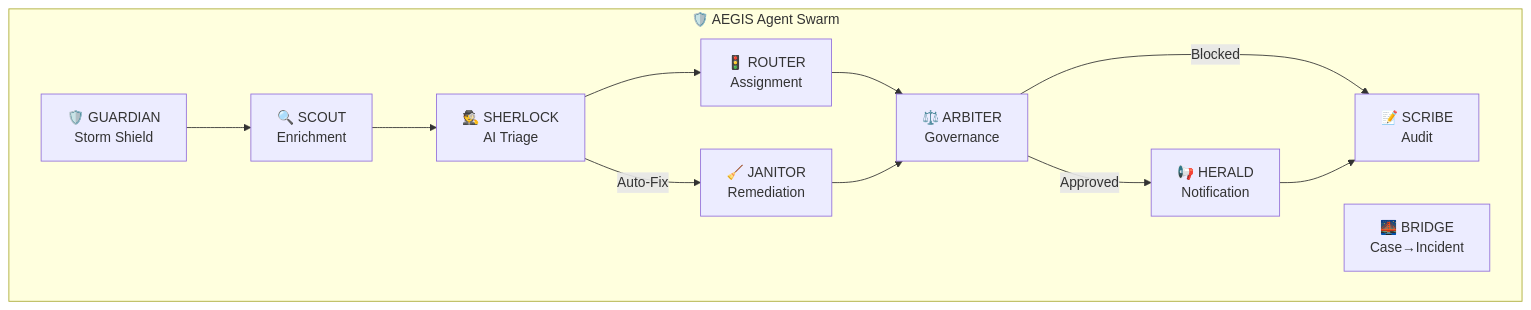
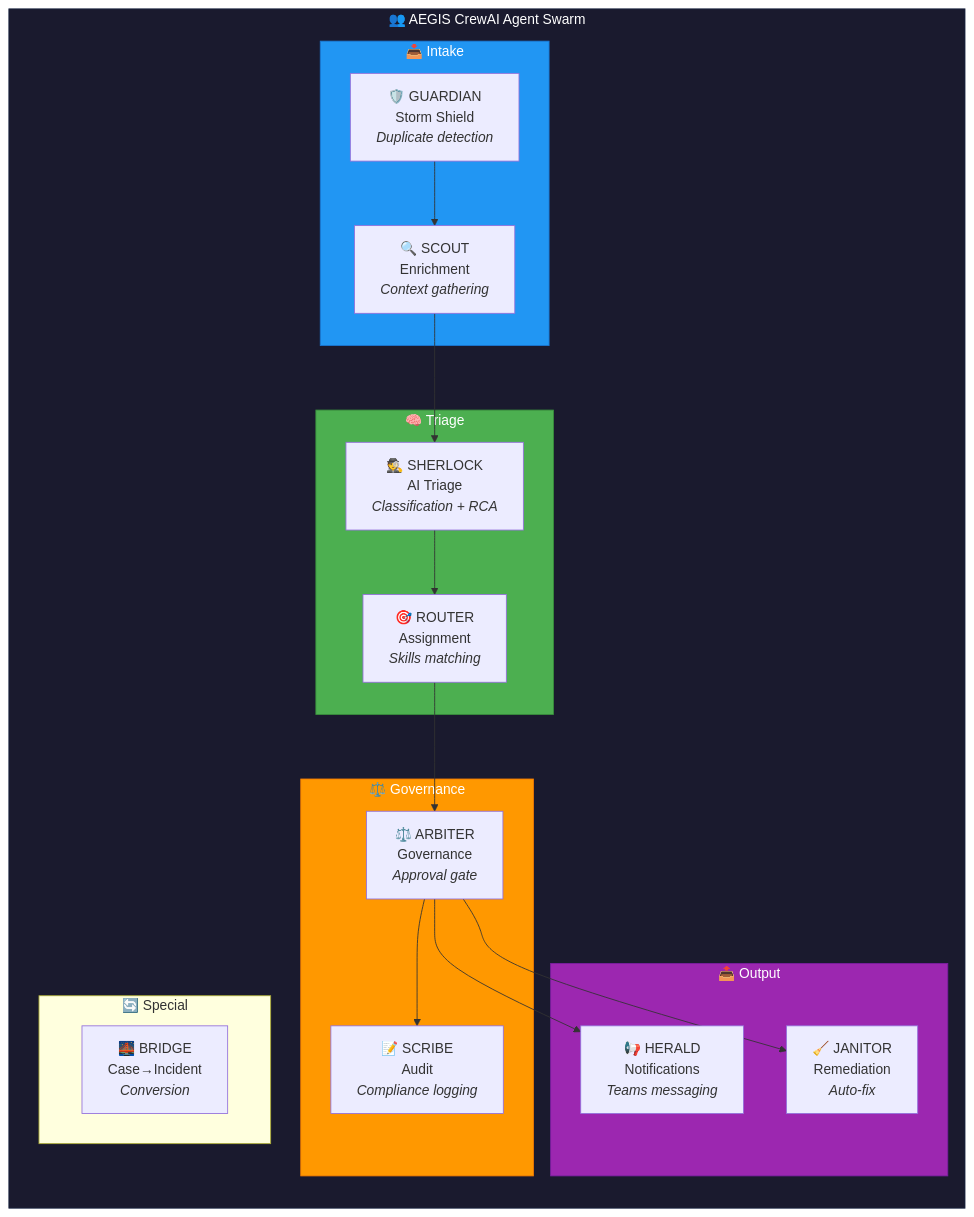
The third of 7 diagrams in docs/architecture-diagrams.md (maniltns/AEGIS), drawn with Mermaid before and after one commit. The commit also changed other lines of this file and 17 other files, not shown here.

Commit message:
feat: Implement AEGIS API with agent-based incident processing, governance, and associated tools and documentation.

````diff
--- a/docs/architecture-diagrams.md
+++ b/docs/architecture-diagrams.md
@@ -561,24 +136,41 @@
 ```mermaid
 graph TB
-    subgraph "🛡️ AEGIS Agent Swarm"
-        GUARDIAN["🛡️ GUARDIAN<br/>Storm Shield"]
-        SCOUT["🔍 SCOUT<br/>Enrichment"]
-        SHERLOCK["🕵️ SHERLOCK<br/>AI Triage"]
-        ROUTER["🚦 ROUTER<br/>Assignment"]
-        ARBITER["⚖️ ARBITER<br/>Governance"]
-        HERALD["📢 HERALD<br/>Notification"]
-        SCRIBE["📝 SCRIBE<br/>Audit"]
-        BRIDGE["🌉 BRIDGE<br/>Case→Incident"]
-        JANITOR["🧹 JANITOR<br/>Remediation"]
+    subgraph SWARM["👥 AEGIS CrewAI Agent Swarm"]
+        direction TB
+        
+        subgraph INTAKE["📥 Intake"]
+            GUARDIAN["🛡️ GUARDIAN<br/>Storm Shield<br/><i>Duplicate detection</i>"]
+            SCOUT["🔍 SCOUT<br/>Enrichment<br/><i>Context gathering</i>"]
+        end
+        
+        subgraph TRIAGE["🧠 Triage"]
+            SHERLOCK["🕵️ SHERLOCK<br/>AI Triage<br/><i>Classification + RCA</i>"]
+            ROUTER["🎯 ROUTER<br/>Assignment<br/><i>Skills matching</i>"]
+        end
+        
+        subgraph GOVERNANCE["⚖️ Governance"]
+            ARBITER["⚖️ ARBITER<br/>Governance<br/><i>Approval gate</i>"]
+            SCRIBE["📝 SCRIBE<br/>Audit<br/><i>Compliance logging</i>"]
+        end
+        
+        subgraph OUTPUT["📤 Output"]
+            HERALD["📢 HERALD<br/>Notifications<br/><i>Teams messaging</i>"]
+            JANITOR["🧹 JANITOR<br/>Remediation<br/><i>Auto-fix</i>"]
+        end
+        
+        subgraph SPECIAL["🔄 Special"]
+            BRIDGE["🌉 BRIDGE<br/>Case→Incident<br/><i>Conversion</i>"]
+        end
     end
     
-    GUARDIAN --> SCOUT
-    SCOUT --> SHERLOCK
-    SHERLOCK --> ROUTER
-    SHERLOCK -->|Auto-Fix| JANITOR
-    ROUTER --> ARBITER
-    JANITOR --> ARBITER
-    ARBITER -->|Approved| HERALD
-    ARBITER -->|Blocked| SCRIBE
-    HERALD --> SCRIBE
+    GUARDIAN --> SCOUT --> SHERLOCK --> ROUTER --> ARBITER
+    ARBITER --> HERALD
+    ARBITER --> JANITOR
+    ARBITER --> SCRIBE
+    
+    style SWARM fill:#1a1a2e,stroke:#16213e,color:#fff
+    style INTAKE fill:#2196f3,stroke:#1976d2,color:#fff
+    style TRIAGE fill:#4caf50,stroke:#388e3c,color:#fff
+    style GOVERNANCE fill:#ff9800,stroke:#f57c00,color:#fff
+    style OUTPUT fill:#9c27b0,stroke:#7b1fa2,color:#fff
 ```
````
